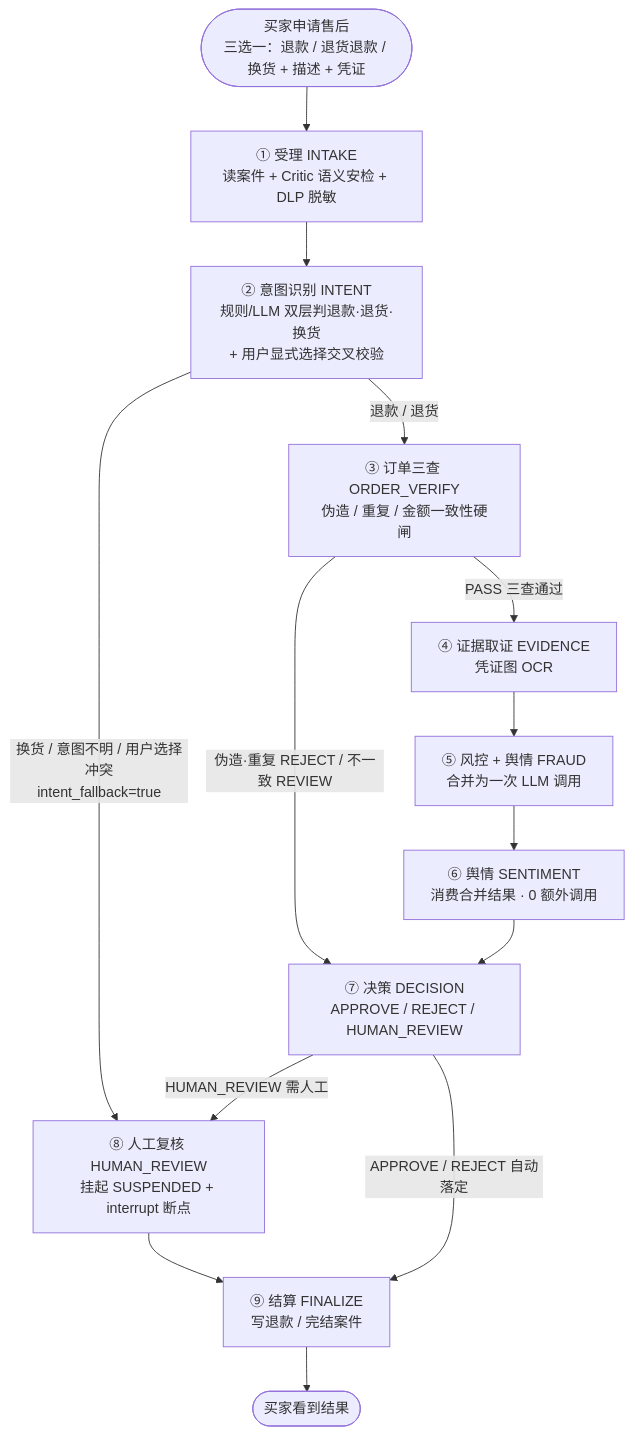
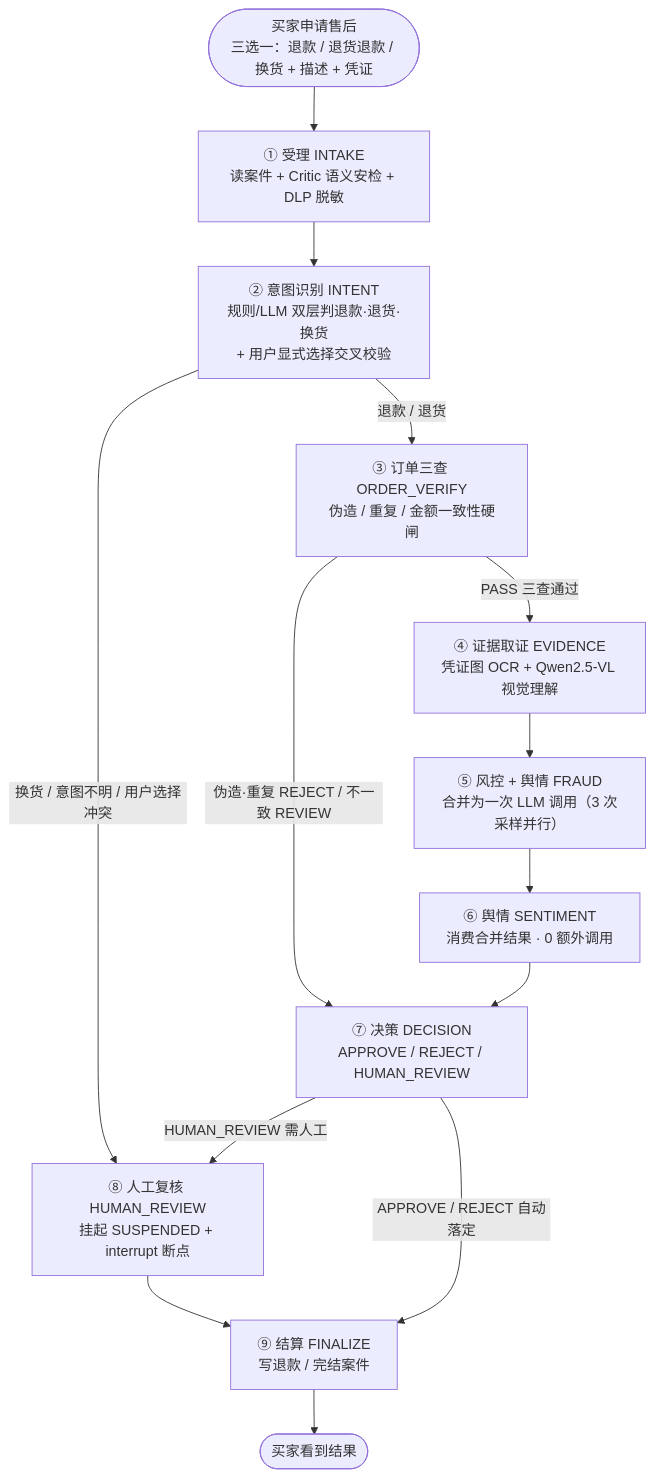
The diagram in README.md (lilhj/Digital-human), drawn with Mermaid before and after one commit. The commit also changed other lines of this file, not shown here.

````diff
--- a/README.md
+++ b/README.md
@@ -80,23 +181,23 @@
 ```mermaid
 flowchart TD
     S(["买家申请售后<br/>三选一：退款 / 退货退款 / 换货 + 描述 + 凭证"])
     N1["① 受理 INTAKE<br/>读案件 + Critic 语义安检 + DLP 脱敏"]
     N2["② 意图识别 INTENT<br/>规则/LLM 双层判退款·退货·换货<br/>+ 用户显式选择交叉校验"]
     N3["③ 订单三查 ORDER_VERIFY<br/>伪造 / 重复 / 金额一致性硬闸"]
-    N4["④ 证据取证 EVIDENCE<br/>凭证图 OCR"]
-    N5["⑤ 风控 + 舆情 FRAUD<br/>合并为一次 LLM 调用"]
+    N4["④ 证据取证 EVIDENCE<br/>凭证图 OCR + Qwen2.5-VL 视觉理解"]
+    N5["⑤ 风控 + 舆情 FRAUD<br/>合并为一次 LLM 调用（3 次采样并行）"]
     N6["⑥ 舆情 SENTIMENT<br/>消费合并结果 · 0 额外调用"]
     N7["⑦ 决策 DECISION<br/>APPROVE / REJECT / HUMAN_REVIEW"]
     N8["⑧ 人工复核 HUMAN_REVIEW<br/>挂起 SUSPENDED + interrupt 断点"]
     N9["⑨ 结算 FINALIZE<br/>写退款 / 完结案件"]
     E(["买家看到结果"])
 
     S --> N1 --> N2
-    N2 -- "换货 / 意图不明 / 用户选择冲突<br/>intent_fallback=true" --> N8
+    N2 -- "换货 / 意图不明 / 用户选择冲突" --> N8
     N2 -- "退款 / 退货" --> N3
     N3 -- "伪造·重复 REJECT / 不一致 REVIEW" --> N7
     N3 -- "PASS 三查通过" --> N4 --> N5 --> N6 --> N7
     N7 -- "HUMAN_REVIEW 需人工" --> N8
     N7 -- "APPROVE / REJECT 自动落定" --> N9
     N8 --> N9 --> E
 ```
````
